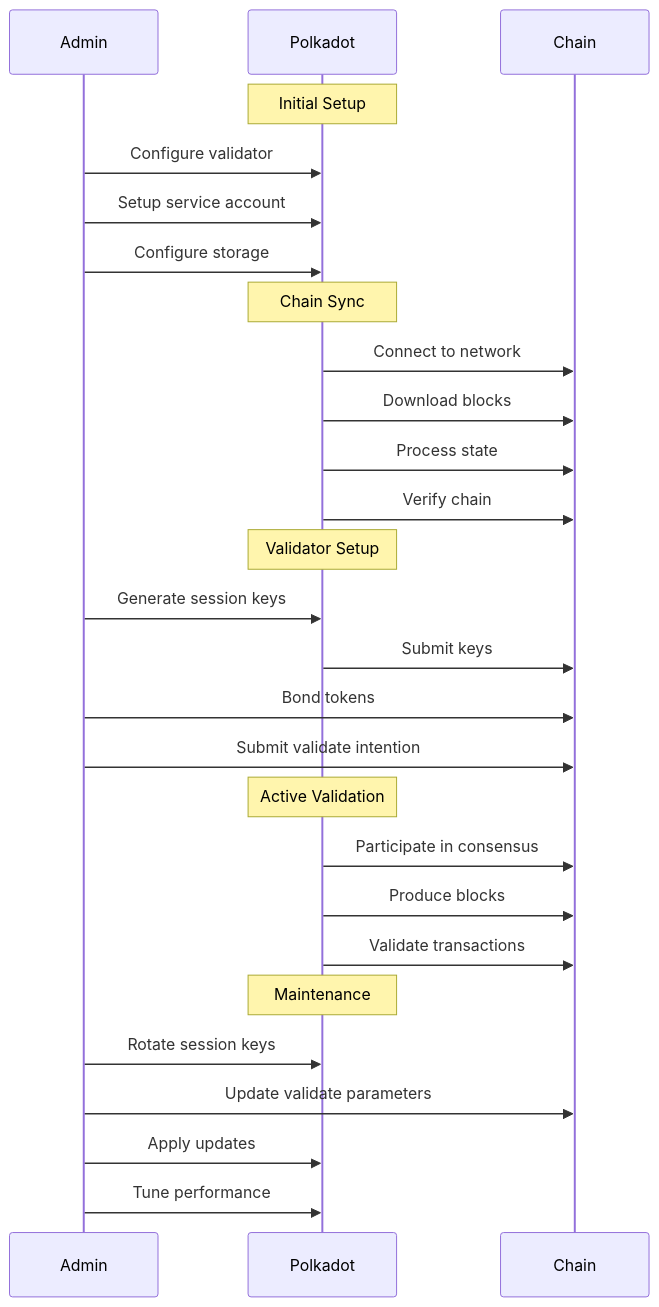
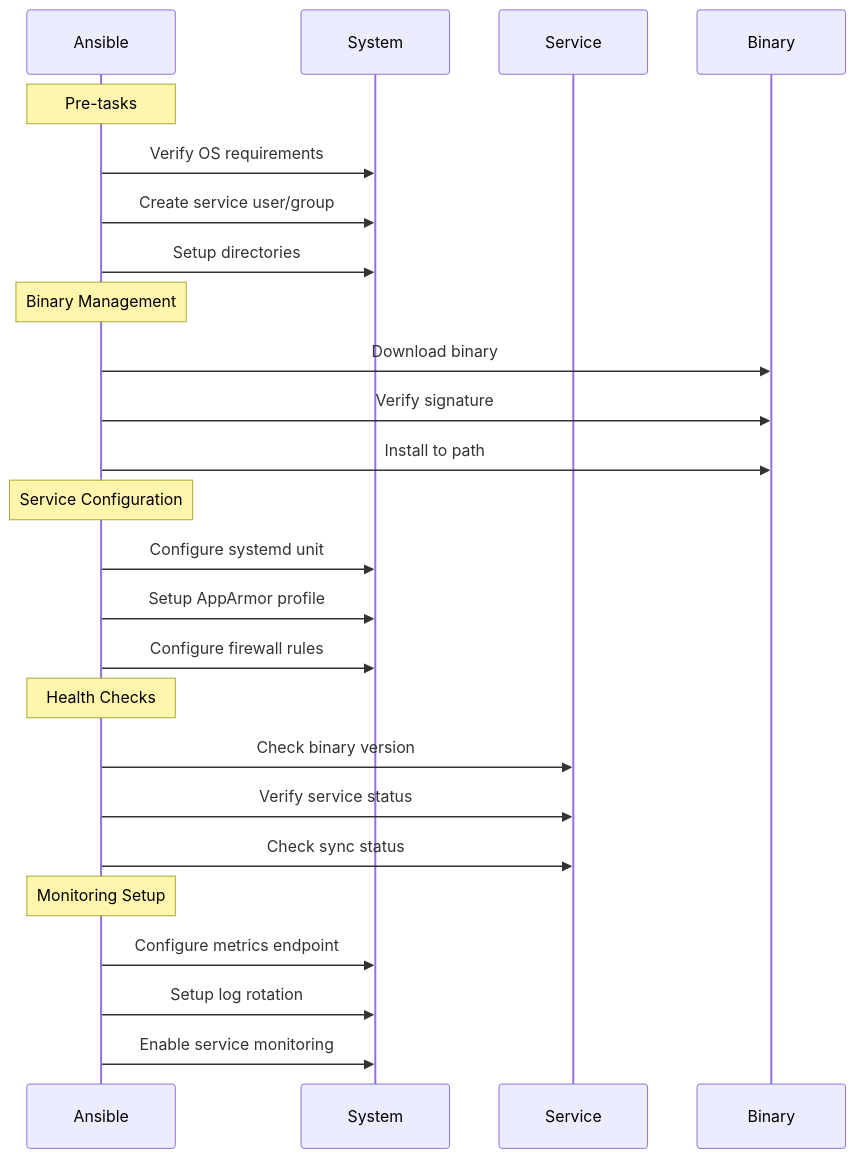
One commit to pampatzoglou/provision-validators changed the second of 2 diagrams in roles/polkadot/README.md. Above: the diagram before and after it, drawn with Mermaid. The commit also changed other lines of this file, not shown here.

Commit message:
update README files

````diff
--- a/roles/polkadot/README.md
+++ b/roles/polkadot/README.md
@@ -50,34 +50,32 @@
 ```mermaid
 sequenceDiagram
-    participant Admin
-    participant Polkadot
-    participant Chain
+    participant Ansible
+    participant System
+    participant Service
+    participant Binary
 
-    Note over Polkadot: Initial Setup
-    Admin->>Polkadot: Configure validator
-    Admin->>Polkadot: Setup service account
-    Admin->>Polkadot: Configure storage
+    Note over Ansible: Pre-tasks
+    Ansible->>System: Verify OS requirements
+    Ansible->>System: Create service user/group
+    Ansible->>System: Setup directories
 
-    Note over Polkadot: Chain Sync
-    Polkadot->>Chain: Connect to network
-    Polkadot->>Chain: Download blocks
-    Polkadot->>Chain: Process state
-    Polkadot->>Chain: Verify chain
-
-    Note over Polkadot: Validator Setup
-    Admin->>Polkadot: Generate session keys
-    Polkadot->>Chain: Submit keys
-    Admin->>Chain: Bond tokens
-    Admin->>Chain: Submit validate intention
-
-    Note over Polkadot: Active Validation
-    Polkadot->>Chain: Participate in consensus
-    Polkadot->>Chain: Produce blocks
-    Polkadot->>Chain: Validate transactions
-
-    Note over Polkadot: Maintenance
-    Admin->>Polkadot: Rotate session keys
-    Admin->>Chain: Update validate parameters
-    Admin->>Polkadot: Apply updates
-    Admin->>Polkadot: Tune performance
+    Note over Ansible: Binary Management
+    Ansible->>Binary: Download binary
+    Ansible->>Binary: Verify signature
+    Ansible->>Binary: Install to path
+    
+    Note over Ansible: Service Configuration
+    Ansible->>System: Configure systemd unit
+    Ansible->>System: Setup AppArmor profile
+    Ansible->>System: Configure firewall rules
+    
+    Note over Ansible: Health Checks
+    Ansible->>Service: Check binary version
+    Ansible->>Service: Verify service status
+    Ansible->>Service: Check sync status
+    
+    Note over Ansible: Monitoring Setup
+    Ansible->>System: Configure metrics endpoint
+    Ansible->>System: Setup log rotation
+    Ansible->>System: Enable service monitoring
 ```
````
